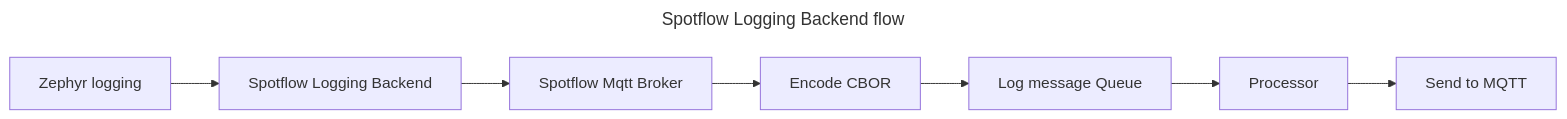
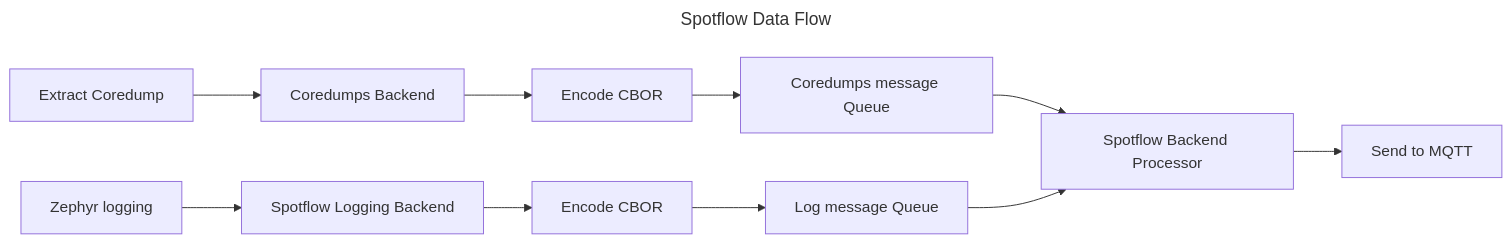
One commit to spotflow-io/device-sdk changed the second of 2 diagrams in README.md. Above: the diagram before and after it, drawn with Mermaid. The commit also changed other lines of this file and 56 other files, not shown here.

````diff
--- a/README.md
+++ b/README.md
@@ -51,12 +57,19 @@
 ```mermaid
 ---
-title: Spotflow Logging Backend flow
+title: Spotflow Data Flow
 ---
 flowchart LR
+    processor[Spotflow Backend Processor]
+
     A[Zephyr logging] --> B[Spotflow Logging Backend]
-    B --> C[Spotflow Mqtt Broker]
-    C --> D[Encode CBOR]
+    B --> D[Encode CBOR]
     D --> E[Log message Queue]
-    E --> F[Processor]
-    F --> G[Send to MQTT]
+
+    O[Extract Coredump] --> P[Coredumps Backend]
+    P[Coredumps Backend] --> Q[Encode CBOR]
+    Q --> R[Coredumps message Queue]
+    R --> processor
+
+    E --> processor
+    processor --> G[Send to MQTT]
 ```
````
